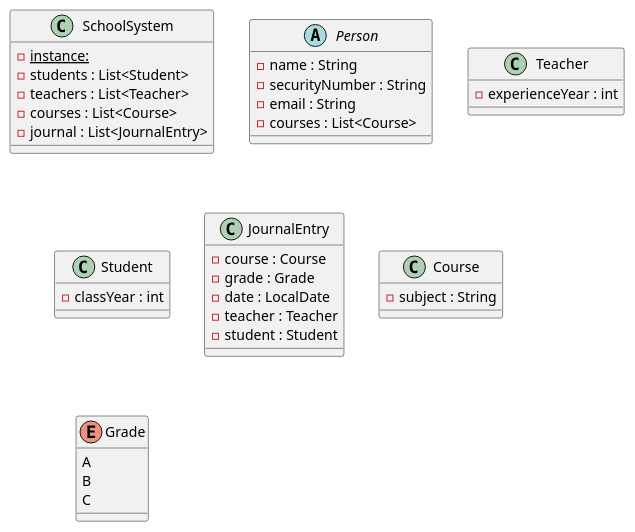
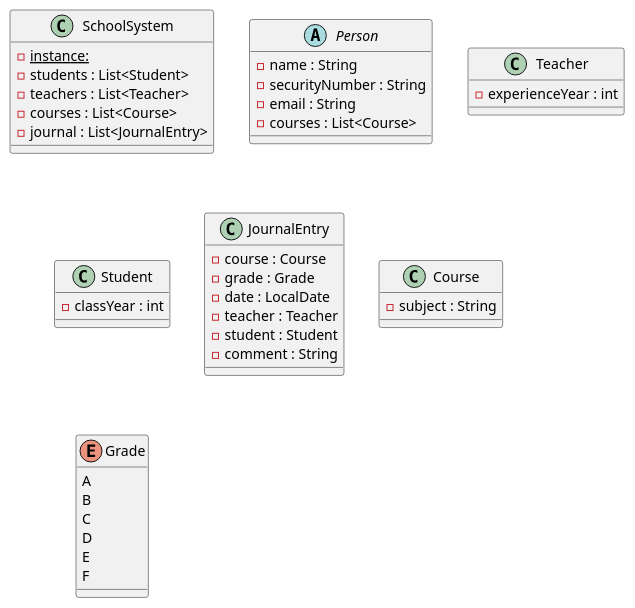
Before and after one commit to Basta-Gruppen-Java-2025-kurs/Skolhanteringssystem: the diagram in class_diagram.puml, drawn with PlantUML.

Commit message:
UML update

```diff
--- a/class_diagram.puml
+++ b/class_diagram.puml
@@ -1,45 +1,49 @@
 @startuml
 class SchoolSystem {
 {static} -instance:
 - students : List<Student>
 - teachers : List<Teacher>
 - courses : List<Course>
 - journal : List<JournalEntry>
 }
 
 abstract class Person {
 - name : String
 - securityNumber : String
 - email : String
 - courses : List<Course>
 }
 
 class Teacher {
 - experienceYear : int
 }
 
 class Student {
 - classYear : int
 }
 
 class JournalEntry {
 - course : Course
 - grade : Grade
 - date : LocalDate
 - teacher : Teacher
 - student : Student
+- comment : String
 }
 
 class Course {
 - subject : String
 }
 
 enum Grade {
  A
  B
  C
+ D
+ E
+ F
 }
 
 
 
 @enduml
```
